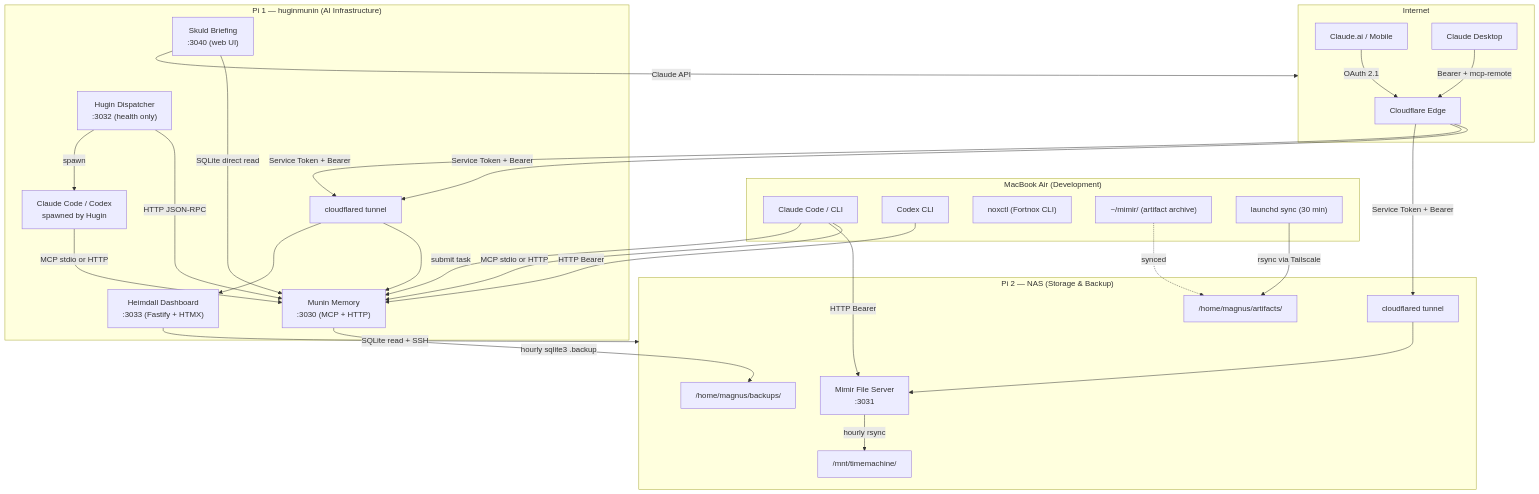
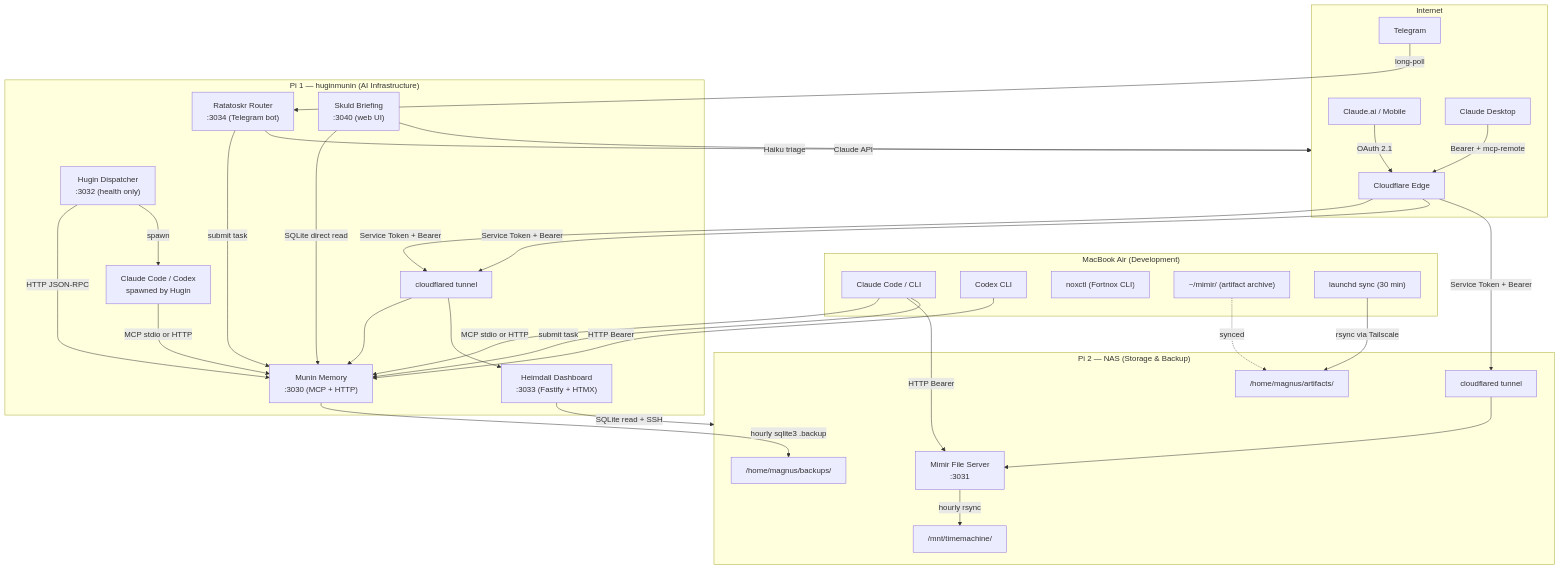
One commit to Magnus-Gille/grimnir changed the first of 4 diagrams in docs/architecture.md. Above: the diagram before and after it, drawn with Mermaid. The commit also changed other lines of this file and 1 other file, not shown here.

First line of the commit message:
docs: add Ratatoskr and updated task schema to architecture

````diff
--- a/docs/architecture.md
+++ b/docs/architecture.md
@@ -47,62 +48,69 @@
 ```mermaid
 graph TB
     subgraph Internet
         CF[Cloudflare Edge]
         Claude_Web[Claude.ai / Mobile]
         Claude_Desktop[Claude Desktop]
+        Telegram[Telegram]
     end
 
     subgraph MacBook["MacBook Air (Development)"]
         CC[Claude Code / CLI]
         Codex[Codex CLI]
         Noxctl["noxctl (Fortnox CLI)"]
         Files_Laptop["~/mimir/ (artifact archive)"]
         Launchd["launchd sync (30 min)"]
     end
 
     subgraph Pi1["Pi 1 — huginmunin (AI Infrastructure)"]
         Munin["Munin Memory<br/>:3030 (MCP + HTTP)"]
         Hugin["Hugin Dispatcher<br/>:3032 (health only)"]
         Heimdall_Svc["Heimdall Dashboard<br/>:3033 (Fastify + HTMX)"]
+        Ratatoskr_Svc["Ratatoskr Router<br/>:3034 (Telegram bot)"]
         Skuld_Svc["Skuld Briefing<br/>:3040 (web UI)"]
         Claude_Pi[Claude Code / Codex<br/>spawned by Hugin]
         Tunnel_Pi1["cloudflared tunnel"]
     end
 
     subgraph Pi2["Pi 2 — NAS (Storage & Backup)"]
         Mimir["Mimir File Server<br/>:3031"]
         Artifacts["/home/magnus/artifacts/"]
         Backups["/home/magnus/backups/"]
         TimeMachine["/mnt/timemachine/"]
         Tunnel_Pi2["cloudflared tunnel"]
     end
 
     %% Cloud → Edge → Services
     Claude_Web -->|OAuth 2.1| CF
     Claude_Desktop -->|Bearer + mcp-remote| CF
     CF -->|Service Token + Bearer| Tunnel_Pi1 --> Munin
     CF -->|Service Token + Bearer| Tunnel_Pi1 --> Heimdall_Svc
     CF -->|Service Token + Bearer| Tunnel_Pi2 --> Mimir
 
     %% Local connections
     CC -->|MCP stdio or HTTP| Munin
     CC -->|HTTP Bearer| Mimir
     Codex -->|HTTP Bearer| Munin
     Hugin -->|HTTP JSON-RPC| Munin
     Claude_Pi -->|MCP stdio or HTTP| Munin
     Skuld_Svc -->|SQLite direct read| Munin
     Skuld_Svc -->|Claude API| Internet
     Heimdall_Svc -->|SQLite read + SSH| Pi2
 
     %% File sync
     Launchd -->|rsync via Tailscale| Artifacts
     Files_Laptop -.->|synced| Artifacts
 
     %% Backup flows
     Munin -->|hourly sqlite3 .backup| Backups
     Mimir -->|hourly rsync| TimeMachine
 
+    %% Telegram → Ratatoskr
+    Telegram -->|long-poll| Ratatoskr_Svc
+    Ratatoskr_Svc -->|submit task| Munin
+    Ratatoskr_Svc -->|Haiku triage| Internet
+
     %% Task flow
     CC -->|submit task| Munin
     Hugin -->|spawn| Claude_Pi
 ```
````
